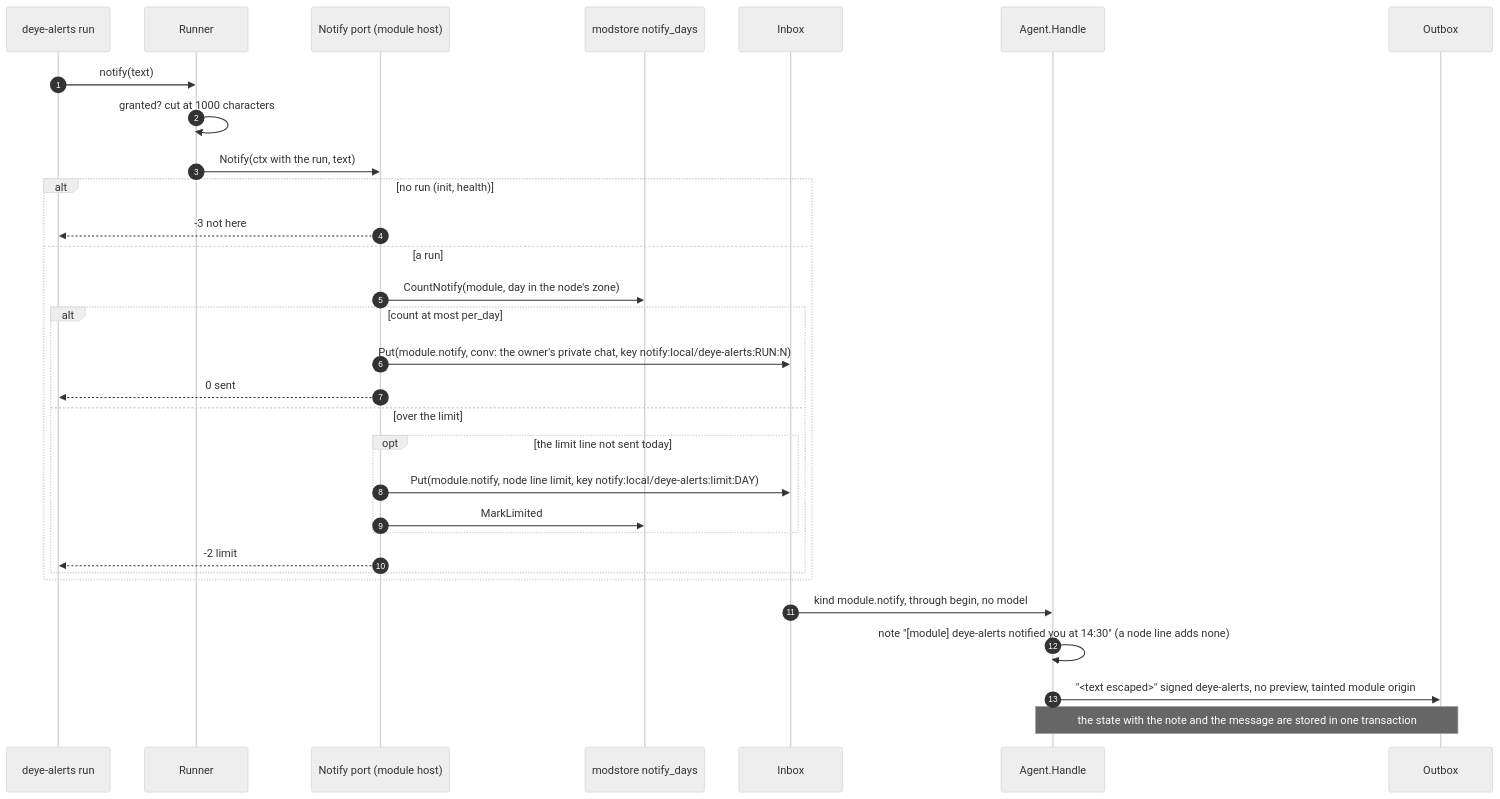
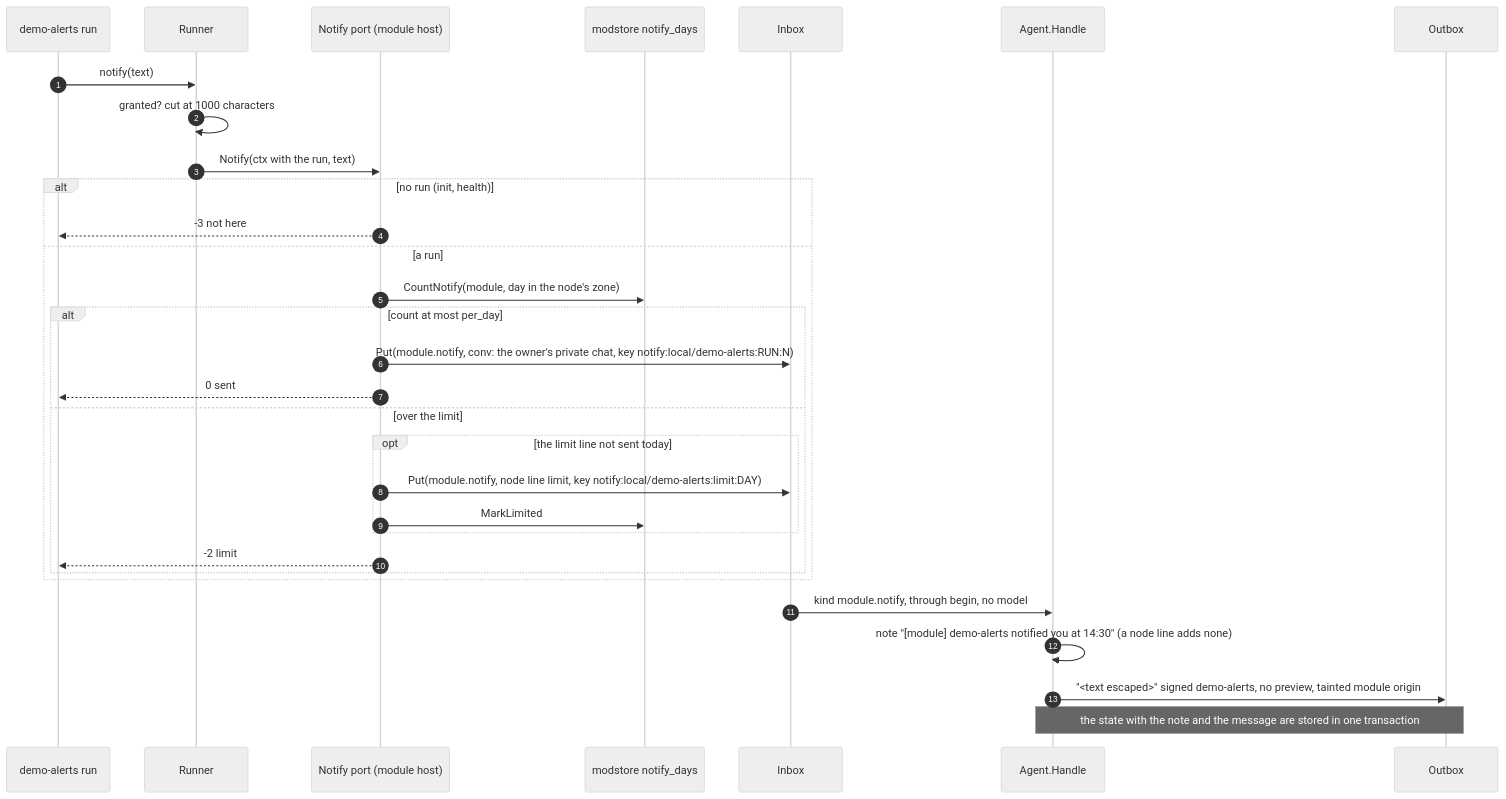
The tenth of 16 diagrams in docs/architecture/04-runtime.md (igorrius/ganglion), drawn with Mermaid (neutral theme) before and after one commit. The commit also changed other lines of this file and 65 other files, not shown here.

First line of the commit message:
tests, docs: the sample module is demo-reader, not the owner's own (task 6.8)

````diff
--- a/docs/architecture/04-runtime.md
+++ b/docs/architecture/04-runtime.md
@@ -419,34 +419,34 @@
 ```mermaid
 sequenceDiagram
     autonumber
-    participant M as deye-alerts run
+    participant M as demo-alerts run
     participant R as Runner
     participant H as Notify port (module host)
     participant St as modstore notify_days
     participant Q as Inbox
     participant A as Agent.Handle
     participant O as Outbox
 
     M->>R: notify(text)
     R->>R: granted? cut at 1000 characters
     R->>H: Notify(ctx with the run, text)
     alt no run (init, health)
         H-->>M: -3 not here
     else a run
         H->>St: CountNotify(module, day in the node's zone)
         alt count at most per_day
-            H->>Q: Put(module.notify, conv: the owner's private chat, key notify:local/deye-alerts:RUN:N)
+            H->>Q: Put(module.notify, conv: the owner's private chat, key notify:local/demo-alerts:RUN:N)
             H-->>M: 0 sent
         else over the limit
             opt the limit line not sent today
-                H->>Q: Put(module.notify, node line limit, key notify:local/deye-alerts:limit:DAY)
+                H->>Q: Put(module.notify, node line limit, key notify:local/demo-alerts:limit:DAY)
                 H->>St: MarkLimited
             end
             H-->>M: -2 limit
         end
     end
     Q->>A: kind module.notify, through begin, no model
-    A->>A: note "[module] deye-alerts notified you at 14:30" (a node line adds none)
-    A->>O: "<text escaped>" signed deye-alerts, no preview, tainted module origin
+    A->>A: note "[module] demo-alerts notified you at 14:30" (a node line adds none)
+    A->>O: "<text escaped>" signed demo-alerts, no preview, tainted module origin
     Note over A,O: the state with the note and the message are stored in one transaction
 ```
````
